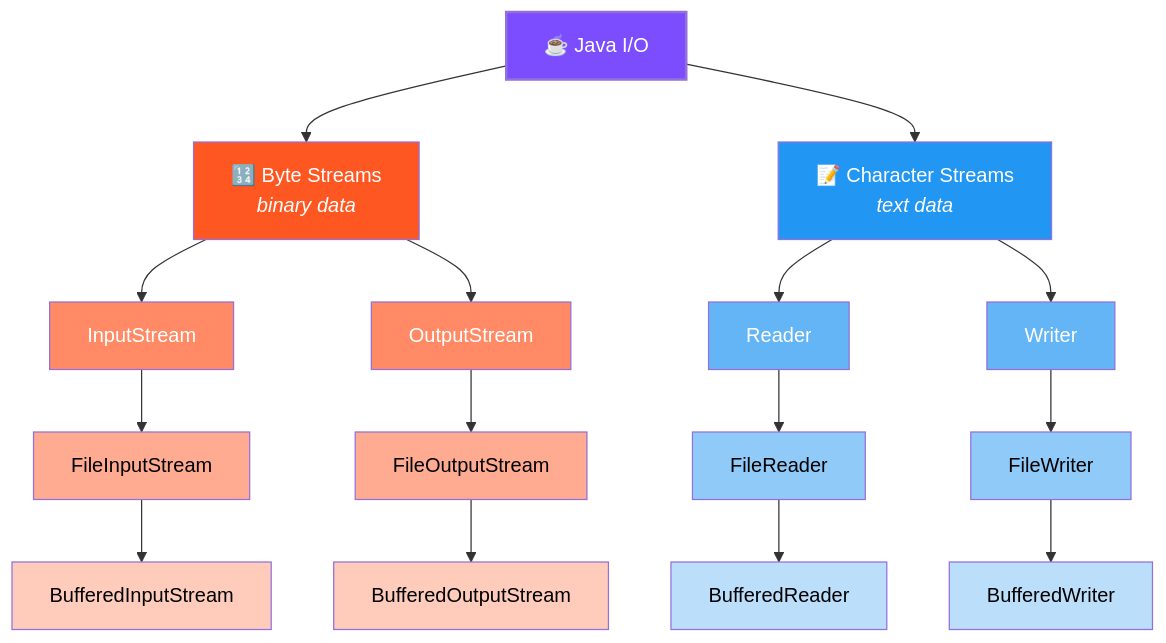
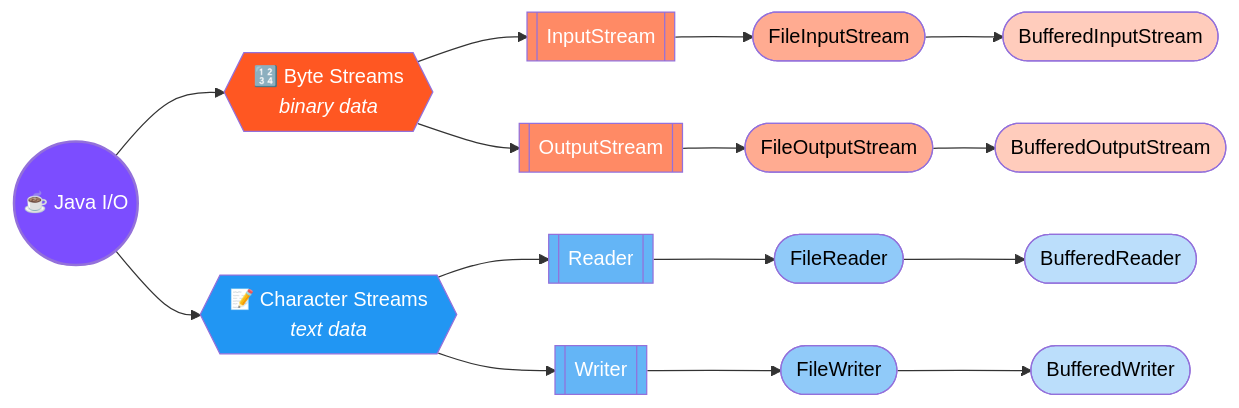
Before and after one commit to saivamsikaruturi/vamsilabs-dev-notes-main: the first of 5 diagrams in docs/java/FileHandling.md, drawn with Mermaid. The commit also changed other lines of this file and 146 other files, not shown here.

Commit message:
Horizontal diagrams, UML class diagrams, typography overhaul, and permalink cleanup

````diff
--- a/docs/java/FileHandling.md
+++ b/docs/java/FileHandling.md
@@ -13,37 +13,37 @@
 ```mermaid
-graph TD
-    IO["☕ Java I/O"]
-    IO --> BS["🔢 Byte Streams<br/><i>binary data</i>"]
-    IO --> CS["📝 Character Streams<br/><i>text data</i>"]
+flowchart LR
+    IO(("☕ Java I/O"))
+    IO --> BS{{"🔢 Byte Streams<br/><i>binary data</i>"}}
+    IO --> CS{{"📝 Character Streams<br/><i>text data</i>"}}
 
-    BS --> IS["InputStream"]
-    BS --> OS["OutputStream"]
-    CS --> R["Reader"]
-    CS --> W["Writer"]
+    BS --> IS[["InputStream"]]
+    BS --> OS[["OutputStream"]]
+    CS --> R[["Reader"]]
+    CS --> W[["Writer"]]
 
-    IS --> FIS["FileInputStream"]
-    OS --> FOS["FileOutputStream"]
-    FIS --> BIS["BufferedInputStream"]
-    FOS --> BOS["BufferedOutputStream"]
+    IS --> FIS(["FileInputStream"])
+    OS --> FOS(["FileOutputStream"])
+    FIS --> BIS(["BufferedInputStream"])
+    FOS --> BOS(["BufferedOutputStream"])
 
-    R --> FR["FileReader"]
-    W --> FW["FileWriter"]
-    FR --> BR["BufferedReader"]
-    FW --> BW["BufferedWriter"]
+    R --> FR(["FileReader"])
+    W --> FW(["FileWriter"])
+    FR --> BR(["BufferedReader"])
+    FW --> BW(["BufferedWriter"])
 
     style IO fill:#7C4DFF,color:#fff,stroke-width:2px
     style BS fill:#FF5722,color:#fff
     style CS fill:#2196F3,color:#fff
     style IS fill:#FF8A65,color:#fff
     style OS fill:#FF8A65,color:#fff
     style R fill:#64B5F6,color:#fff
     style W fill:#64B5F6,color:#fff
     style FIS fill:#FFAB91,color:#000
     style FOS fill:#FFAB91,color:#000
     style BIS fill:#FFCCBC,color:#000
     style BOS fill:#FFCCBC,color:#000
     style FR fill:#90CAF9,color:#000
     style FW fill:#90CAF9,color:#000
     style BR fill:#BBDEFB,color:#000
     style BW fill:#BBDEFB,color:#000
 ```
````
